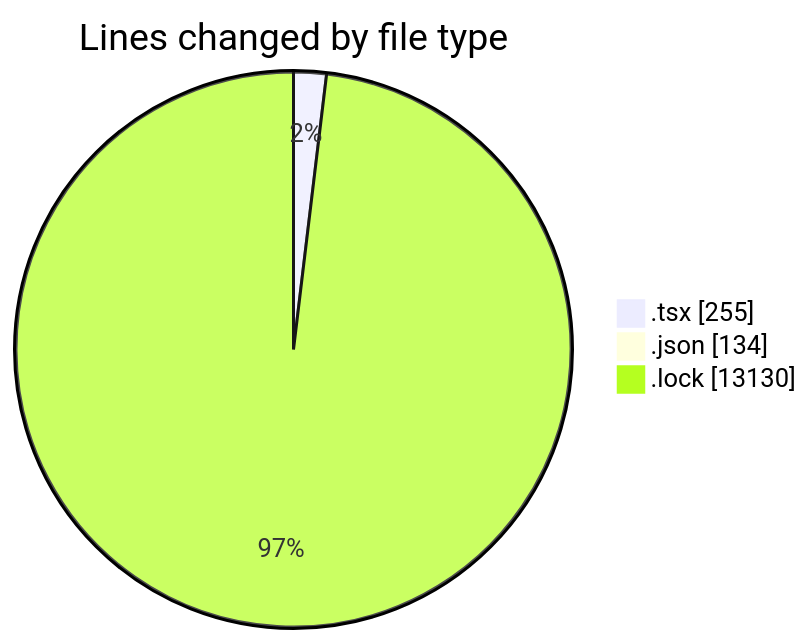
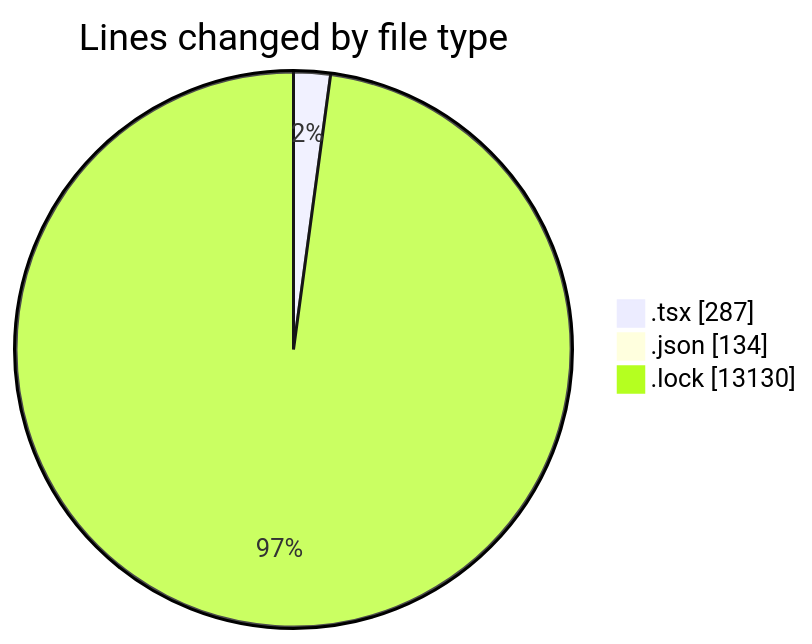
One commit to momahboobian/code-tracking changed the first of 2 diagrams in 2025-02-09/cda/README.md. Above: the diagram before and after it, drawn with Mermaid. The commit also changed other lines of this file and 1 other file, not shown here.

````diff
--- a/2025-02-09/cda/README.md
+++ b/2025-02-09/cda/README.md
@@ -25,7 +25,7 @@
 ```mermaid
 pie showData
 title Lines changed by file type
-".tsx" : 255
+".tsx" : 287
 ".json" : 134
 ".lock" : 13130
 ```
````
